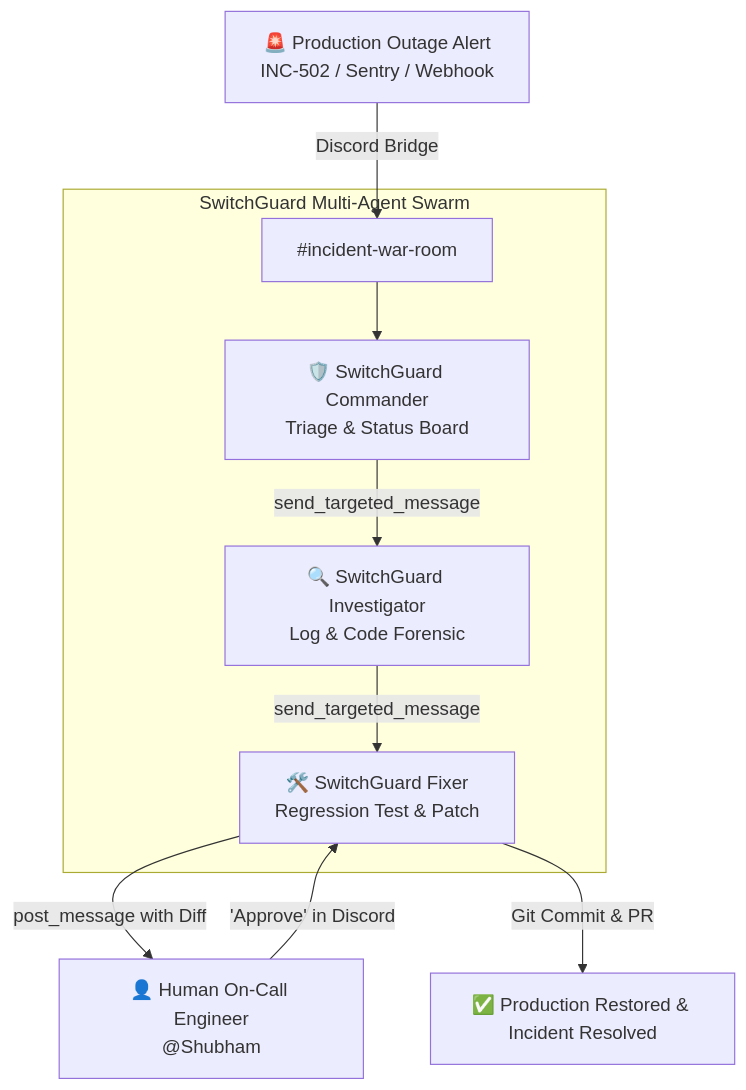
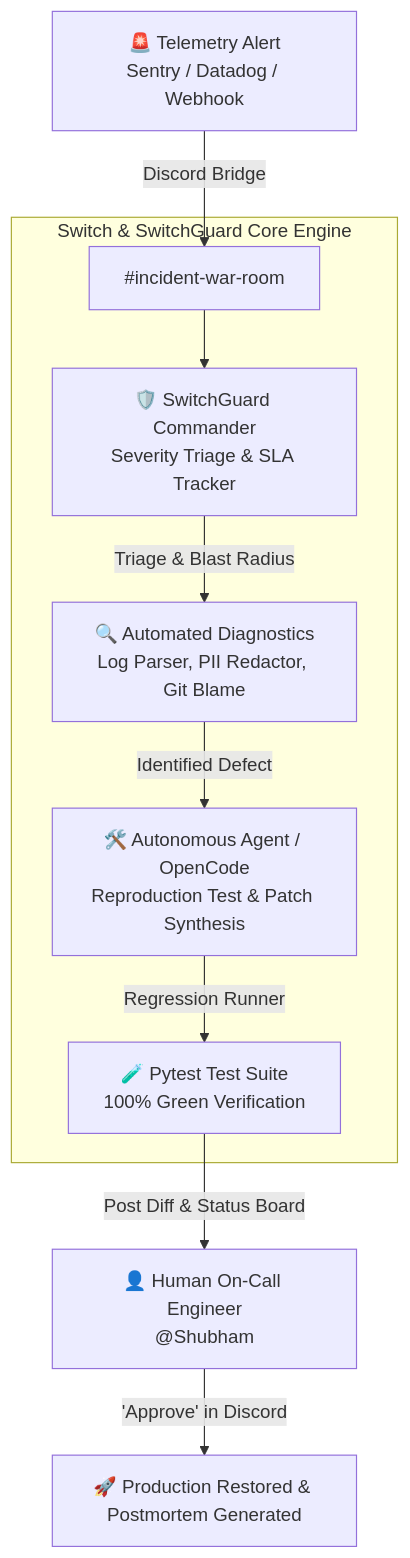
One commit to Shubham-dev-stack/switchguard changed the diagram in README.md. Above: the diagram before and after it, drawn with Mermaid. The commit also changed other lines of this file, not shown here.

Commit message:
docs: enrich README with architecture, benchmarks, CLI guide and badges

````diff
--- a/README.md
+++ b/README.md
@@ -31,14 +39,14 @@
 ```mermaid
 flowchart TD
-    A[🚨 Production Outage Alert\nINC-502 / Sentry / Webhook] -->|Discord Bridge| B[#incident-war-room]
+    A[🚨 Telemetry Alert\nSentry / Datadog / Webhook] -->|Discord Bridge| B[#incident-war-room]
     
-    subgraph SwitchGuard Multi-Agent Swarm
-        B --> C[🛡️ SwitchGuard Commander\nTriage & Status Board]
-        C -->|send_targeted_message| D[🔍 SwitchGuard Investigator\nLog & Code Forensic]
-        D -->|send_targeted_message| E[🛠️ SwitchGuard Fixer\nRegression Test & Patch]
+    subgraph Switch & SwitchGuard Core Engine
+        B --> C[🛡️ SwitchGuard Commander\nSeverity Triage & SLA Tracker]
+        C -->|Triage & Blast Radius| D[🔍 Automated Diagnostics\nLog Parser, PII Redactor, Git Blame]
+        D -->|Identified Defect| E[🛠️ Autonomous Agent / OpenCode\nReproduction Test & Patch Synthesis]
+        E -->|Regression Runner| T[🧪 Pytest Test Suite\n100% Green Verification]
     end
 
-    E -->|post_message with Diff| F[👤 Human On-Call Engineer\n@Shubham]
-    F -->|'Approve' in Discord| E
-    E -->|Git Commit & PR| G[✅ Production Restored & Incident Resolved]
+    T -->|Post Diff & Status Board| F[👤 Human On-Call Engineer\n@Shubham]
+    F -->|'Approve' in Discord| G[🚀 Production Restored & Postmortem Generated]
 ```
````
